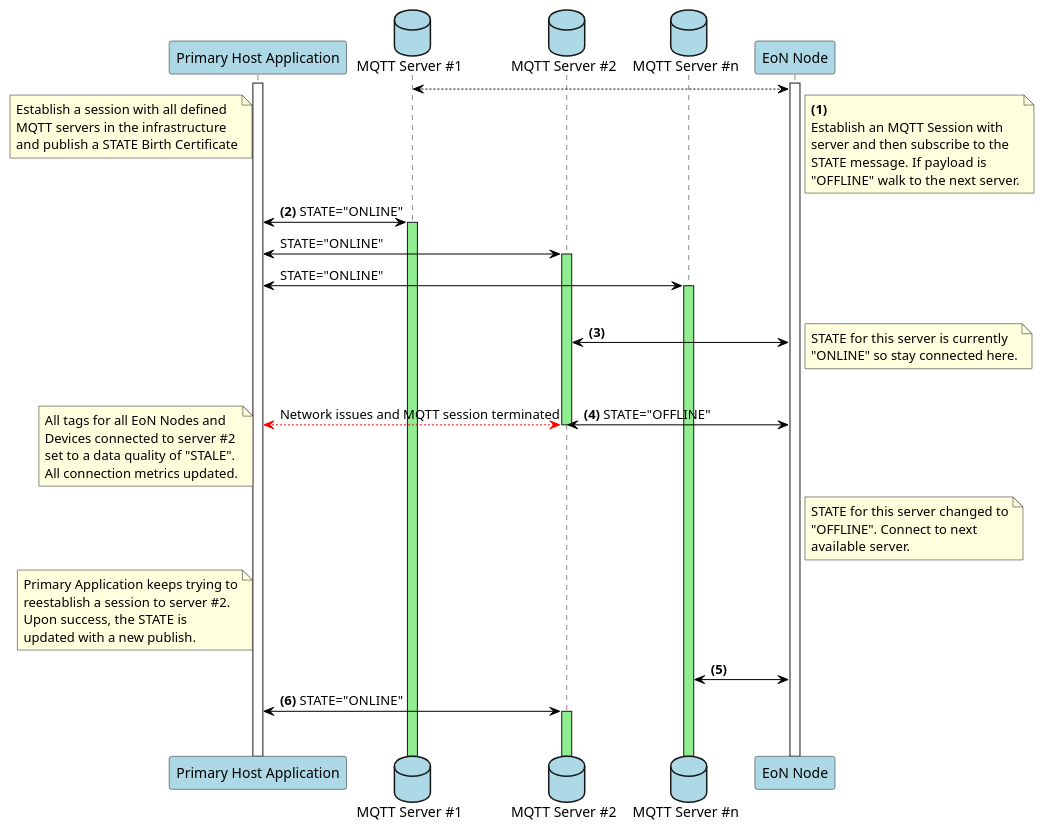
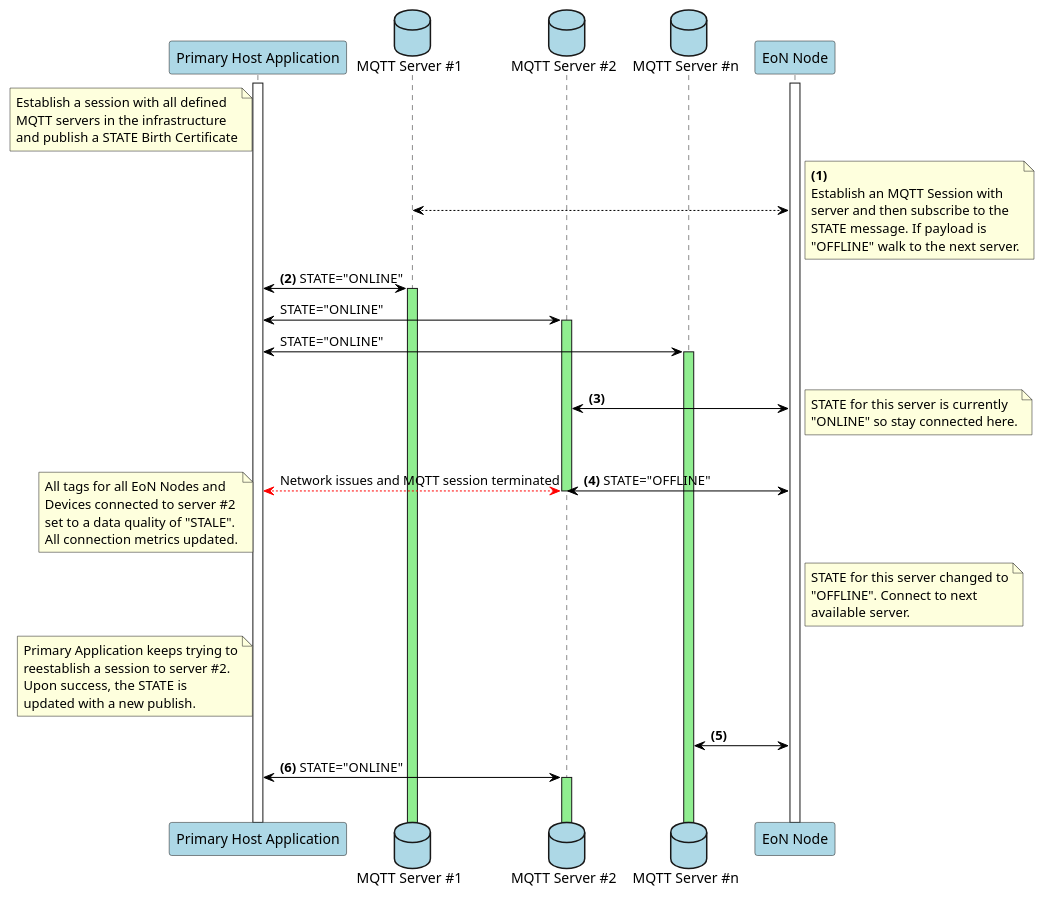
The diagram in specification/src/main/asciidoc/assets/plantuml/primary-application-state-flow.puml (eclipse-sparkplug/sparkplug), drawn with PlantUML before and after one commit. The commit also changed 7 other files, not shown here.

```diff
--- a/specification/src/main/asciidoc/assets/plantuml/primary-application-state-flow.puml
+++ b/specification/src/main/asciidoc/assets/plantuml/primary-application-state-flow.puml
@@ -1,76 +1,76 @@
 @startuml
 !pragma teoz true
 participant "Primary Host Application" as PrimApp #lightblue
 database "MQTT Server #1" as Server1 #lightblue
 database "MQTT Server #2" as Server2 #lightblue
 database "MQTT Server #n" as ServerN #lightblue
 participant "EoN Node" as EoNNode #lightblue
 
 activate PrimApp
 activate EoNNode
 
 note left of PrimApp
 Establish a session with all defined
 MQTT servers in the infrastructure
 and publish a STATE Birth Certificate
 end note
 
-/note right of EoNNode
+note right of EoNNode
 **(1)**
 Establish an MQTT Session with 
 server and then subscribe to the
 STATE message. If payload is
 "OFFLINE" walk to the next server.
 end note
 
 & Server1 <-[#Black]-> EoNNode 
 
 PrimApp <-[#Black]> Server1 : **(2)** STATE="ONLINE"
 activate Server1 #LightGreen
 
 PrimApp <-[#Black]> Server2 : STATE="ONLINE"
 activate Server2 #LightGreen
 
 PrimApp <-[#Black]> ServerN : STATE="ONLINE"
 activate ServerN #LightGreen
 
 |||
 
 Server2 <-[#Black]> EoNNode : **(3)**
 note right 
 STATE for this server is currently
 "ONLINE" so stay connected here.
 end note
 
 Server2-[hidden]->Server2
 
 PrimApp <-[#Red]-> Server2 : Network issues and MQTT session terminated
 note left
 All tags for all EoN Nodes and
 Devices connected to server #2
 set to a data quality of "STALE".
 All connection metrics updated.
 end note
 deactivate Server2 #Red
 & Server2 <-[#Black]> EoNNode : **(4)** STATE="OFFLINE"
 /note right of EoNNode
 STATE for this server changed to
 "OFFLINE". Connect to next 
 available server.
 end note
 
 
 note left of PrimApp
 Primary Application keeps trying to
 reestablish a session to server #2.
 Upon success, the STATE is 
 updated with a new publish.
 end note
 
 ServerN <-[#Black]> EoNNode : **(5)**
 PrimApp <-[#Black]> Server2 : **(6)** STATE="ONLINE"
 activate Server2 #LightGreen
 
 PrimApp-[hidden]->PrimApp
 
 @enduml
```
